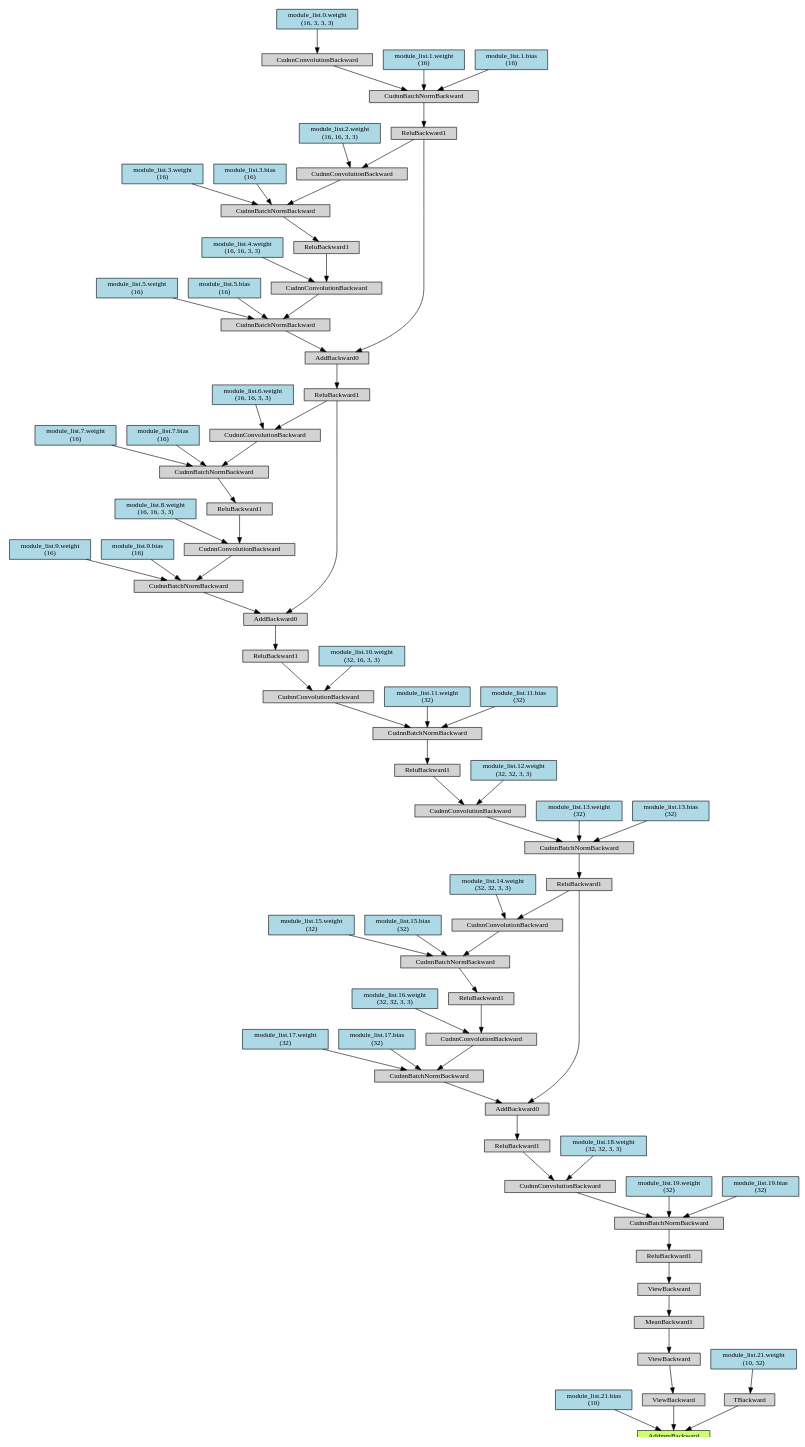
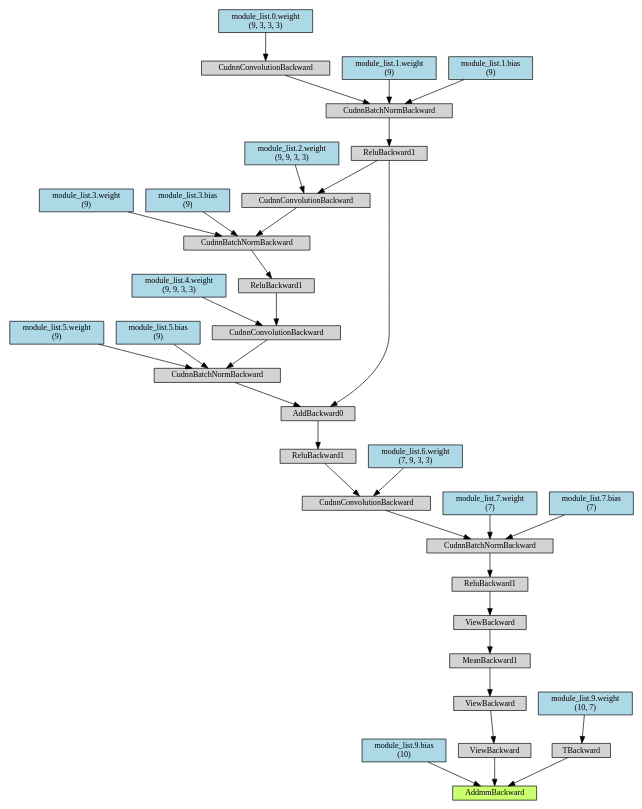
Before and after one commit to j3ssi/MA_Source: the diagram in PruneTrain5_0.dot, drawn with Graphviz. The commit also changed 840 other files, not shown here.

```diff
--- a/PruneTrain5_0.dot
+++ b/PruneTrain5_0.dot
@@ -1,180 +1,84 @@
 digraph {
-	graph [size="21.599999999999998,21.599999999999998"]
+	graph [size="12,12"]
 	node [align=left fontsize=12 height=0.2 ranksep=0.1 shape=box style=filled]
-	140473348110600 [label=AddmmBackward fillcolor=darkolivegreen1]
-	140473515909416 -> 140473348110600
-	140473515909416 [label="module_list.21.bias
+	139761727270808 [label=AddmmBackward fillcolor=darkolivegreen1]
+	139761799026112 -> 139761727270808
+	139761799026112 [label="module_list.9.bias
  (10)" fillcolor=lightblue]
-	140473393941024 -> 140473348110600
-	140473393941024 [label=ViewBackward]
-	140473393941248 -> 140473393941024
-	140473393941248 [label=ViewBackward]
-	140473393939120 -> 140473393941248
-	140473393939120 [label=MeanBackward1]
-	140473393939736 -> 140473393939120
-	140473393939736 [label=ViewBackward]
-	140473393938840 -> 140473393939736
-	140473393938840 [label=ReluBackward1]
-	140473393940688 -> 140473393938840
-	140473393940688 [label=CudnnBatchNormBackward]
-	140473393938504 -> 140473393940688
-	140473393938504 [label=CudnnConvolutionBackward]
-	140473393940352 -> 140473393938504
-	140473393940352 [label=ReluBackward1]
-	140473393938560 -> 140473393940352
-	140473393938560 [label=AddBackward0]
-	140471798009984 -> 140473393938560
-	140471798009984 [label=ReluBackward1]
-	140471798010152 -> 140471798009984
-	140471798010152 [label=CudnnBatchNormBackward]
-	140471798010320 -> 140471798010152
-	140471798010320 [label=CudnnConvolutionBackward]
-	140471798010544 -> 140471798010320
-	140471798010544 [label=ReluBackward1]
-	140471798010712 -> 140471798010544
-	140471798010712 [label=CudnnBatchNormBackward]
-	140471798010880 -> 140471798010712
-	140471798010880 [label=CudnnConvolutionBackward]
-	140471798011104 -> 140471798010880
-	140471798011104 [label=ReluBackward1]
-	140471798011272 -> 140471798011104
-	140471798011272 [label=AddBackward0]
-	140471798011440 -> 140471798011272
-	140471798011440 [label=ReluBackward1]
-	140471798011608 -> 140471798011440
-	140471798011608 [label=AddBackward0]
-	140471798011776 -> 140471798011608
-	140471798011776 [label=ReluBackward1]
-	140471798011944 -> 140471798011776
-	140471798011944 [label=CudnnBatchNormBackward]
-	140471798012112 -> 140471798011944
-	140471798012112 [label=CudnnConvolutionBackward]
-	140471798012336 -> 140471798012112
-	140471798012336 [label="module_list.0.weight
- (16, 3, 3, 3)" fillcolor=lightblue]
-	140471798012168 -> 140471798011944
-	140471798012168 [label="module_list.1.weight
- (16)" fillcolor=lightblue]
-	140471798012224 -> 140471798011944
-	140471798012224 [label="module_list.1.bias
- (16)" fillcolor=lightblue]
-	140471798011832 -> 140471798011608
-	140471798011832 [label=CudnnBatchNormBackward]
-	140471798012000 -> 140471798011832
-	140471798012000 [label=CudnnConvolutionBackward]
-	140471798012448 -> 140471798012000
-	140471798012448 [label=ReluBackward1]
-	140471798012672 -> 140471798012448
-	140471798012672 [label=CudnnBatchNormBackward]
-	140471798012784 -> 140471798012672
-	140471798012784 [label=CudnnConvolutionBackward]
-	140471798011776 -> 140471798012784
-	140471798013008 -> 140471798012784
-	140471798013008 [label="module_list.2.weight
- (16, 16, 3, 3)" fillcolor=lightblue]
-	140471798012840 -> 140471798012672
-	140471798012840 [label="module_list.3.weight
- (16)" fillcolor=lightblue]
-	140471798012896 -> 140471798012672
-	140471798012896 [label="module_list.3.bias
- (16)" fillcolor=lightblue]
-	140471798012560 -> 140471798012000
-	140471798012560 [label="module_list.4.weight
- (16, 16, 3, 3)" fillcolor=lightblue]
-	140471798012280 -> 140471798011832
-	140471798012280 [label="module_list.5.weight
- (16)" fillcolor=lightblue]
-	140471798012392 -> 140471798011832
-	140471798012392 [label="module_list.5.bias
- (16)" fillcolor=lightblue]
-	140471798011496 -> 140471798011272
-	140471798011496 [label=CudnnBatchNormBackward]
-	140471798011664 -> 140471798011496
-	140471798011664 [label=CudnnConvolutionBackward]
-	140471798012952 -> 140471798011664
-	140471798012952 [label=ReluBackward1]
-	140471798013176 -> 140471798012952
-	140471798013176 [label=CudnnBatchNormBackward]
-	140471798013120 -> 140471798013176
-	140471798013120 [label=CudnnConvolutionBackward]
-	140471798011440 -> 140471798013120
-	140471798013456 -> 140471798013120
-	140471798013456 [label="module_list.6.weight
- (16, 16, 3, 3)" fillcolor=lightblue]
-	140471798013288 -> 140471798013176
-	140471798013288 [label="module_list.7.weight
- (16)" fillcolor=lightblue]
-	140471798013344 -> 140471798013176
-	140471798013344 [label="module_list.7.bias
- (16)" fillcolor=lightblue]
-	140471798013064 -> 140471798011664
-	140471798013064 [label="module_list.8.weight
- (16, 16, 3, 3)" fillcolor=lightblue]
-	140471798011888 -> 140471798011496
-	140471798011888 [label="module_list.9.weight
- (16)" fillcolor=lightblue]
-	140471798012504 -> 140471798011496
-	140471798012504 [label="module_list.9.bias
- (16)" fillcolor=lightblue]
-	140471798011160 -> 140471798010880
-	140471798011160 [label="module_list.10.weight
- (32, 16, 3, 3)" fillcolor=lightblue]
-	140471798010936 -> 140471798010712
-	140471798010936 [label="module_list.11.weight
- (32)" fillcolor=lightblue]
-	140471798010992 -> 140471798010712
-	140471798010992 [label="module_list.11.bias
- (32)" fillcolor=lightblue]
-	140471798010600 -> 140471798010320
-	140471798010600 [label="module_list.12.weight
- (32, 32, 3, 3)" fillcolor=lightblue]
-	140471798010376 -> 140471798010152
-	140471798010376 [label="module_list.13.weight
- (32)" fillcolor=lightblue]
-	140471798010432 -> 140471798010152
-	140471798010432 [label="module_list.13.bias
- (32)" fillcolor=lightblue]
-	140471798010040 -> 140473393938560
-	140471798010040 [label=CudnnBatchNormBackward]
-	140471798010208 -> 140471798010040
-	140471798010208 [label=CudnnConvolutionBackward]
-	140471798011216 -> 140471798010208
-	140471798011216 [label=ReluBackward1]
-	140471798012616 -> 140471798011216
-	140471798012616 [label=CudnnBatchNormBackward]
-	140471798012728 -> 140471798012616
-	140471798012728 [label=CudnnConvolutionBackward]
-	140471798009984 -> 140471798012728
-	140471798013624 -> 140471798012728
-	140471798013624 [label="module_list.14.weight
- (32, 32, 3, 3)" fillcolor=lightblue]
-	140471798013400 -> 140471798012616
-	140471798013400 [label="module_list.15.weight
- (32)" fillcolor=lightblue]
-	140471798013512 -> 140471798012616
-	140471798013512 [label="module_list.15.bias
- (32)" fillcolor=lightblue]
-	140471798010768 -> 140471798010208
-	140471798010768 [label="module_list.16.weight
- (32, 32, 3, 3)" fillcolor=lightblue]
-	140471798010488 -> 140471798010040
-	140471798010488 [label="module_list.17.weight
- (32)" fillcolor=lightblue]
-	140471798010656 -> 140471798010040
-	140471798010656 [label="module_list.17.bias
- (32)" fillcolor=lightblue]
-	140473393941080 -> 140473393938504
-	140473393941080 [label="module_list.18.weight
- (32, 32, 3, 3)" fillcolor=lightblue]
-	140473393939176 -> 140473393940688
-	140473393939176 [label="module_list.19.weight
- (32)" fillcolor=lightblue]
-	140473393939064 -> 140473393940688
-	140473393939064 [label="module_list.19.bias
- (32)" fillcolor=lightblue]
-	140473393939456 -> 140473348110600
-	140473393939456 [label=TBackward]
-	140473393938952 -> 140473393939456
-	140473393938952 [label="module_list.21.weight
- (10, 32)" fillcolor=lightblue]
+	139761799026168 -> 139761727270808
+	139761799026168 [label=ViewBackward]
+	139761799026560 -> 139761799026168
+	139761799026560 [label=ViewBackward]
+	139761799026336 -> 139761799026560
+	139761799026336 [label=MeanBackward1]
+	139761799026616 -> 139761799026336
+	139761799026616 [label=ViewBackward]
+	139761799026728 -> 139761799026616
+	139761799026728 [label=ReluBackward1]
+	139761799026840 -> 139761799026728
+	139761799026840 [label=CudnnBatchNormBackward]
+	139761799026952 -> 139761799026840
+	139761799026952 [label=CudnnConvolutionBackward]
+	139761799027176 -> 139761799026952
+	139761799027176 [label=ReluBackward1]
+	139761799027344 -> 139761799027176
+	139761799027344 [label=AddBackward0]
+	139761799027456 -> 139761799027344
+	139761799027456 [label=ReluBackward1]
+	139761799027624 -> 139761799027456
+	139761799027624 [label=CudnnBatchNormBackward]
+	139761799027736 -> 139761799027624
+	139761799027736 [label=CudnnConvolutionBackward]
+	139761799027960 -> 139761799027736
+	139761799027960 [label="module_list.0.weight
+ (9, 3, 3, 3)" fillcolor=lightblue]
+	139761799027792 -> 139761799027624
+	139761799027792 [label="module_list.1.weight
+ (9)" fillcolor=lightblue]
+	139761799027848 -> 139761799027624
+	139761799027848 [label="module_list.1.bias
+ (9)" fillcolor=lightblue]
+	139761799027512 -> 139761799027344
+	139761799027512 [label=CudnnBatchNormBackward]
+	139761799027680 -> 139761799027512
+	139761799027680 [label=CudnnConvolutionBackward]
+	139761799028128 -> 139761799027680
+	139761799028128 [label=ReluBackward1]
+	139761799028296 -> 139761799028128
+	139761799028296 [label=CudnnBatchNormBackward]
+	139761799028408 -> 139761799028296
+	139761799028408 [label=CudnnConvolutionBackward]
+	139761799027456 -> 139761799028408
+	139761799028632 -> 139761799028408
+	139761799028632 [label="module_list.2.weight
+ (9, 9, 3, 3)" fillcolor=lightblue]
+	139761799028464 -> 139761799028296
+	139761799028464 [label="module_list.3.weight
+ (9)" fillcolor=lightblue]
+	139761799028520 -> 139761799028296
+	139761799028520 [label="module_list.3.bias
+ (9)" fillcolor=lightblue]
+	139761799028184 -> 139761799027680
+	139761799028184 [label="module_list.4.weight
+ (9, 9, 3, 3)" fillcolor=lightblue]
+	139761799027904 -> 139761799027512
+	139761799027904 [label="module_list.5.weight
+ (9)" fillcolor=lightblue]
+	139761799028016 -> 139761799027512
+	139761799028016 [label="module_list.5.bias
+ (9)" fillcolor=lightblue]
+	139761799027232 -> 139761799026952
+	139761799027232 [label="module_list.6.weight
+ (7, 9, 3, 3)" fillcolor=lightblue]
+	139761799027008 -> 139761799026840
+	139761799027008 [label="module_list.7.weight
+ (7)" fillcolor=lightblue]
+	139761799027064 -> 139761799026840
+	139761799027064 [label="module_list.7.bias
+ (7)" fillcolor=lightblue]
+	139761799026224 -> 139761727270808
+	139761799026224 [label=TBackward]
+	139761799026448 -> 139761799026224
+	139761799026448 [label="module_list.9.weight
+ (10, 7)" fillcolor=lightblue]
 }
```
